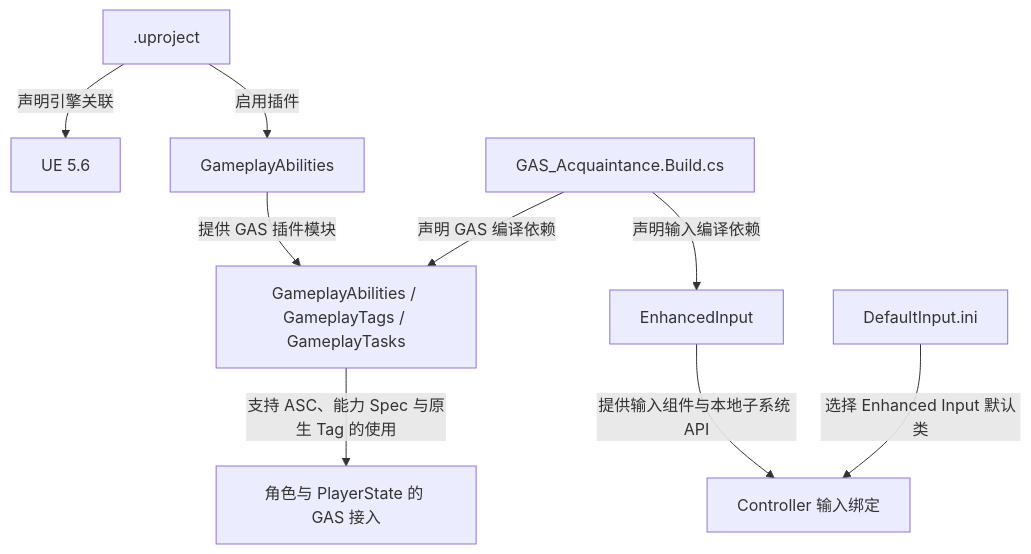
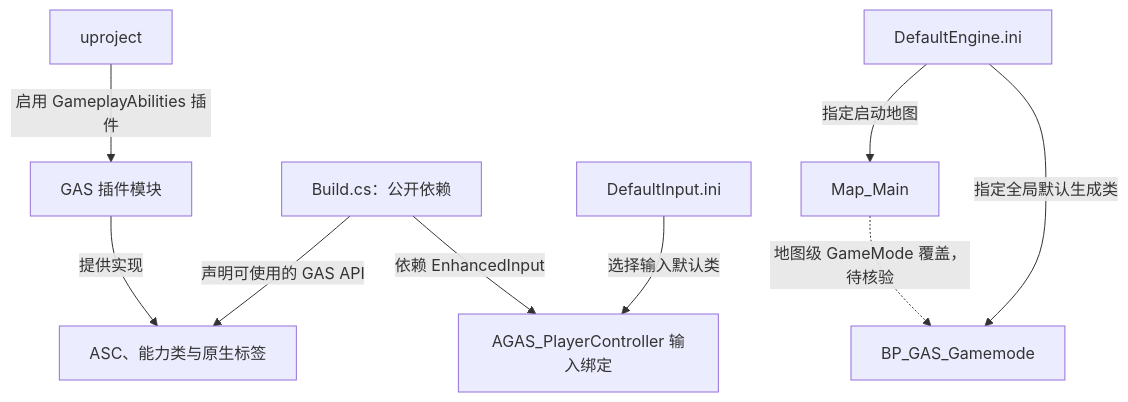
Before and after one commit to xue1ong/GAS_StudyNotes: the diagram in Game/ProjectSetup.md, drawn with Mermaid. The commit also changed other lines of this file and 14 other files, not shown here.

````diff
--- a/Game/ProjectSetup.md
+++ b/Game/ProjectSetup.md
@@ -27,11 +50,11 @@
 ```mermaid
 flowchart TD
-    project[".uproject"] -->|"声明引擎关联"| engine["UE 5.6"]
-    project -->|"启用插件"| plugin["GameplayAbilities"]
-    build["GAS_Acquaintance.Build.cs"] -->|"声明 GAS 编译依赖"| gas["GameplayAbilities / GameplayTags / GameplayTasks"]
-    build -->|"声明输入编译依赖"| enhanced["EnhancedInput"]
-    plugin -->|"提供 GAS 插件模块"| gas
-    gas -->|"支持 ASC、能力 Spec 与原生 Tag 的使用"| gameplay["角色与 PlayerState 的 GAS 接入"]
-    enhanced -->|"提供输入组件与本地子系统 API"| controller["Controller 输入绑定"]
-    inputConfig["DefaultInput.ini"] -->|"选择 Enhanced Input 默认类"| controller
+    project["uproject"] -->|"启用 GameplayAbilities 插件"| plugin["GAS 插件模块"]
+    build["Build.cs：公开依赖"] -->|"声明可使用的 GAS API"| gas["ASC、能力类与原生标签"]
+    plugin -->|"提供实现"| gas
+    build -->|"依赖 EnhancedInput"| controller["AGAS_PlayerController 输入绑定"]
+    input["DefaultInput.ini"] -->|"选择输入默认类"| controller
+    engine["DefaultEngine.ini"] -->|"指定启动地图"| map["Map_Main"]
+    engine -->|"指定全局默认生成类"| mode["BP_GAS_Gamemode"]
+    map -.->|"地图级 GameMode 覆盖，待核验"| mode
 ```
````
